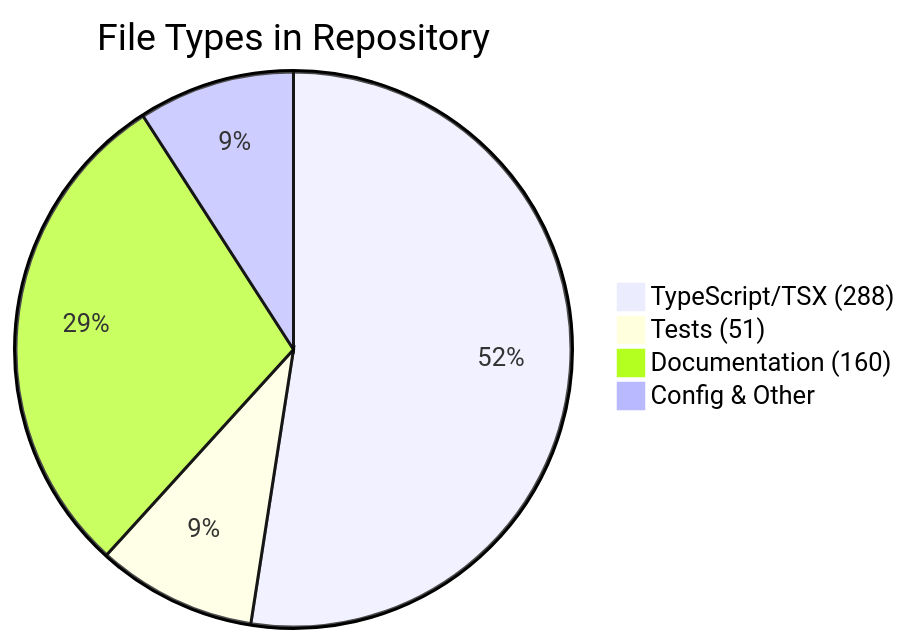
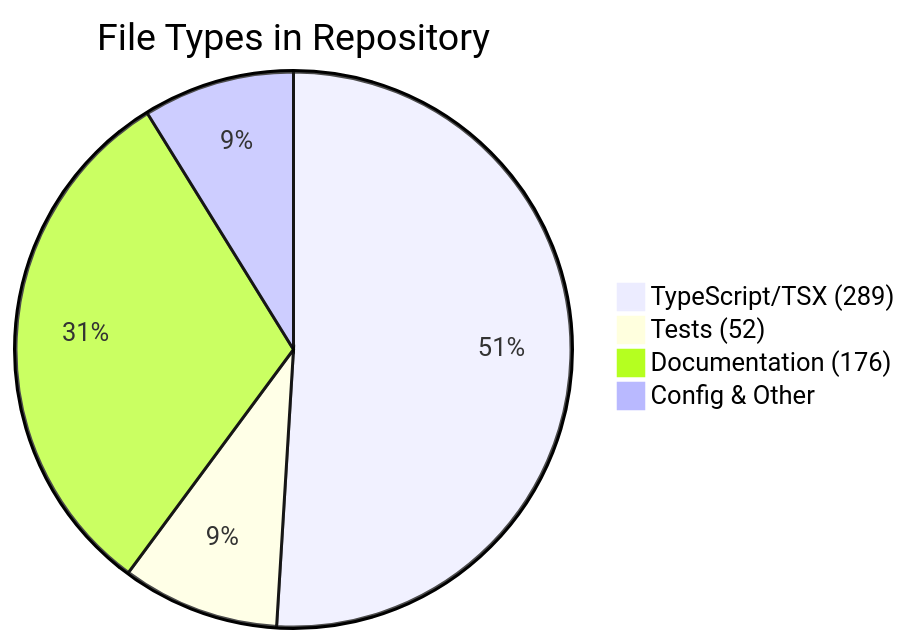
Before and after one commit to peteywee/fresh-root: the diagram in docs/visuals/FILE_DISTRIBUTION.md, drawn with Mermaid. The commit also changed other lines of this file and 2 other files, not shown here.

Commit message:
chore(visuals): auto-update architecture and repo state diagrams
- Architecture: monorepo structure and dependencies

- Repo State: branch status and git history

- Dependency Health: vulnerability and peer dep analysis

- File Distribution: code metrics and organization

Generated by: automation/generate-visuals.yml

````diff
--- a/docs/visuals/FILE_DISTRIBUTION.md
+++ b/docs/visuals/FILE_DISTRIBUTION.md
@@ -3,7 +3,7 @@
 ```mermaid
 pie title File Types in Repository
-    "TypeScript/TSX (288)" : 288
-    "Tests (51)" : 51
-    "Documentation (160)" : 160
+    "TypeScript/TSX (289)" : 289
+    "Tests (52)" : 52
+    "Documentation (176)" : 176
     "Config & Other" : 50
 ```
````
